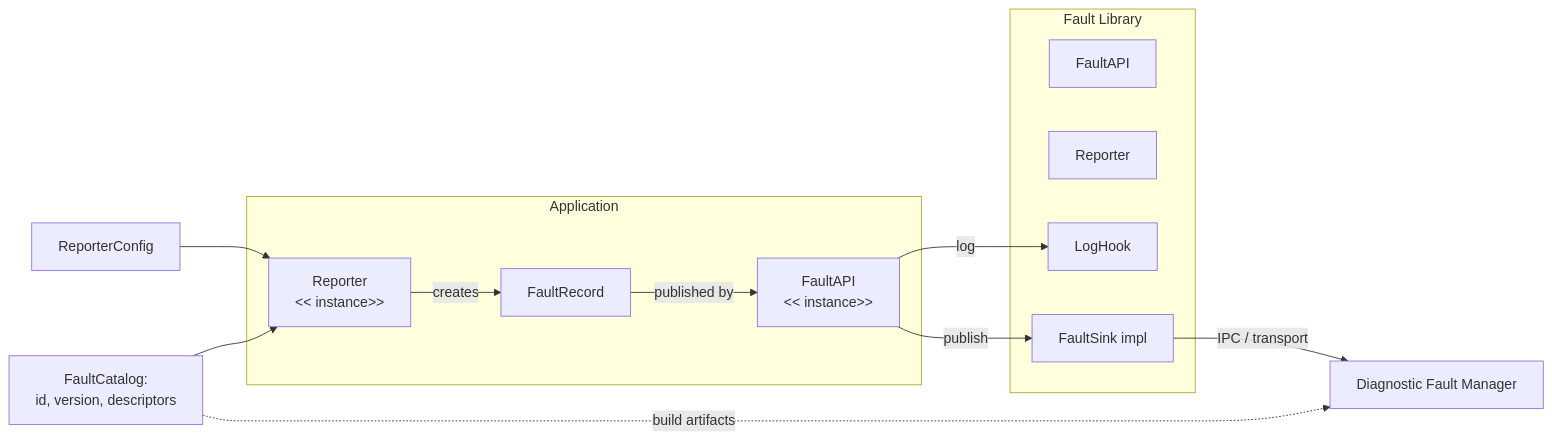
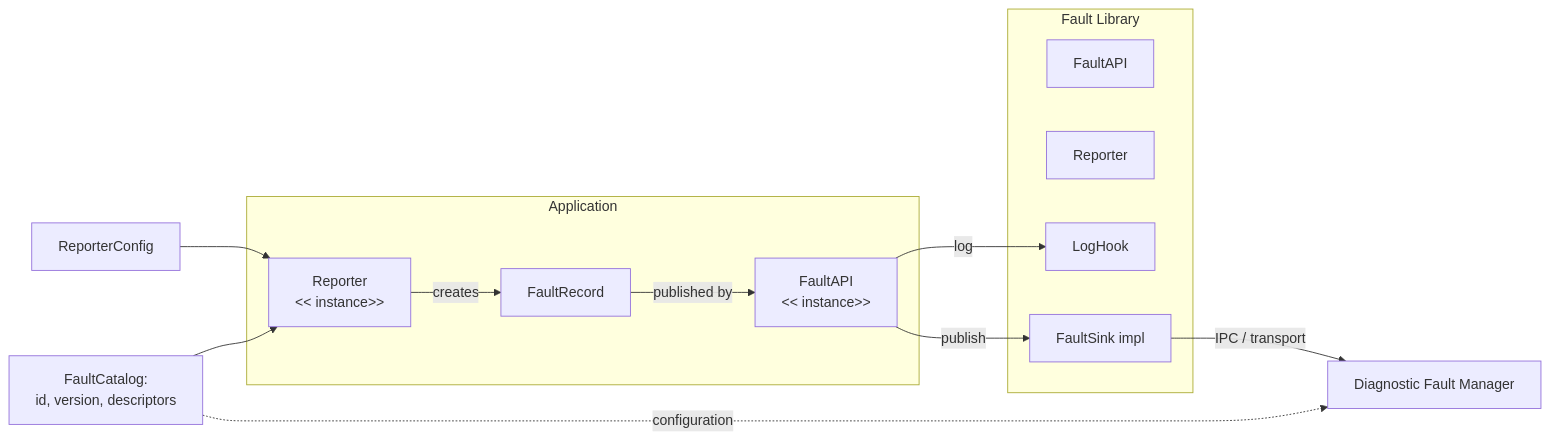
One commit to eclipse-opensovd/fault-lib changed the first of 2 diagrams in docs/design/design.md. Above: the diagram before and after it, drawn with Mermaid. The commit also changed other lines of this file and 5 other files, not shown here.

First line of the commit message:
feedback from architecture workshop

````diff
--- a/docs/design/design.md
+++ b/docs/design/design.md
@@ -46,23 +46,23 @@
 ```mermaid
 flowchart LR
     subgraph Application
         A["FaultAPI 
         << instance>>"]:::role
         B["Reporter 
         << instance>>"]
         C[FaultRecord]
         B --> |creates| C
         C --> |published by| A
     end
     subgraph FaultLibrary[Fault Library]
         FaultAPI
         Reporter
         A -->|log| G[LogHook]
         A -->|publish| E[FaultSink impl]
     end
     Config[ReporterConfig] --> B
     Catalog[FaultCatalog: <br> id, version, descriptors] --> B
 
-    Catalog -. build artifacts .-> F
+    Catalog -. configuration .-> F
     E -->|IPC / transport| F[Diagnostic Fault Manager]
 ```
````
